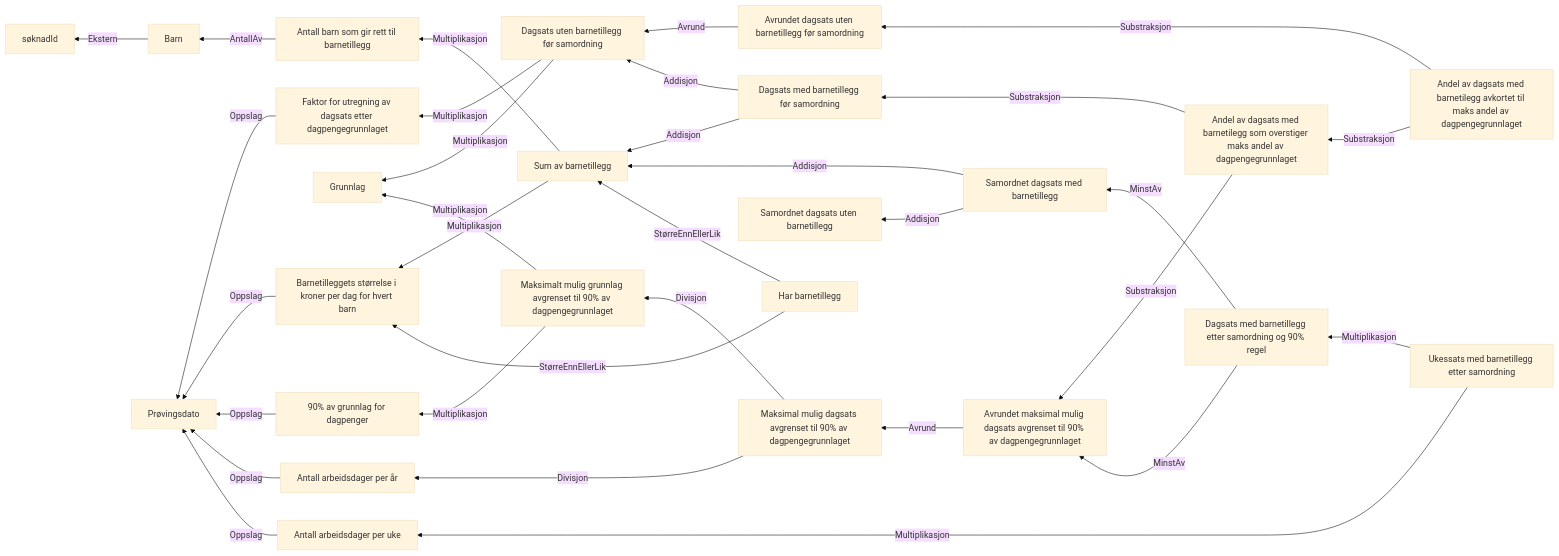
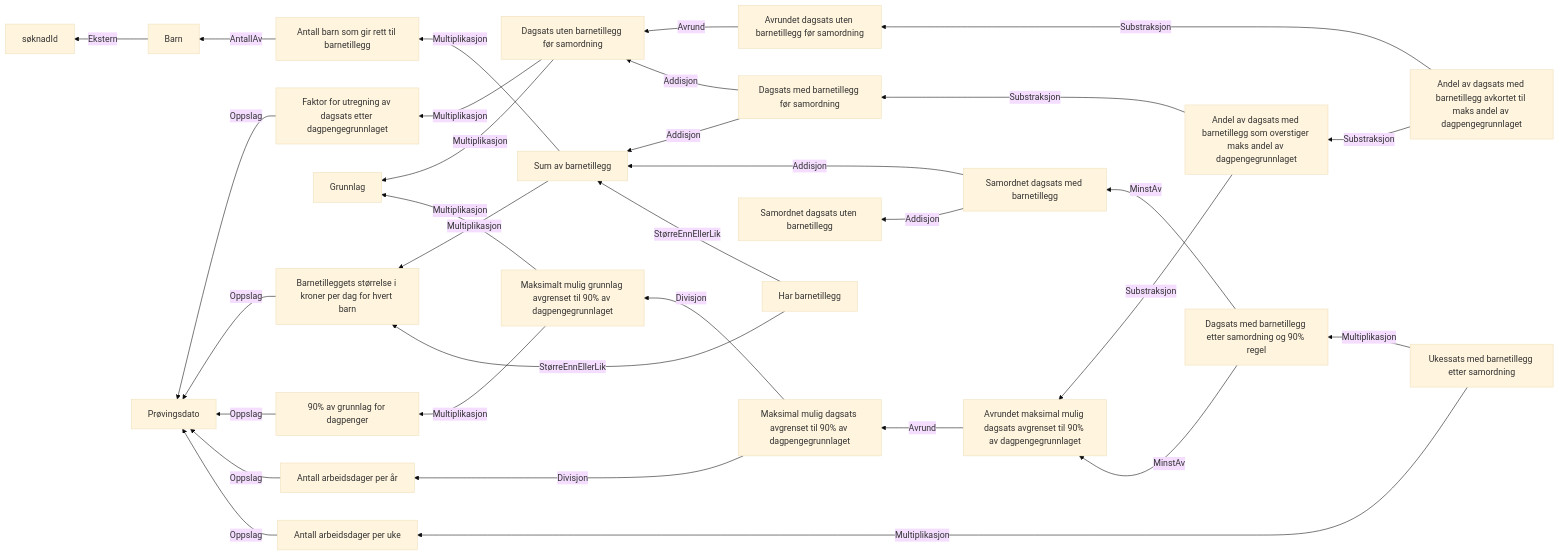
Before and after one commit to navikt/dp-vedtak: the diagram in docs/regler/§ 4-12. Dagpengenes størrelse.approved.md, drawn with Mermaid (base theme). The commit also changed 6 other files, not shown here.

````diff
--- a/docs/regler/§ 4-12. Dagpengenes størrelse.approved.md
+++ b/docs/regler/§ 4-12. Dagpengenes størrelse.approved.md
@@ -5,34 +5,34 @@
 ```mermaid
 graph RL
   A["Barn"] -->|"Ekstern"| B["søknadId"]
   C["Antall barn som gir rett til barnetillegg"] -->|"AntallAv"| A["Barn"]
   D["Faktor for utregning av dagsats etter dagpengegrunnlaget"] -->|"Oppslag"| E["Prøvingsdato"]
   F["Dagsats uten barnetillegg før samordning"] -->|"Multiplikasjon"| G["Grunnlag"]
   F["Dagsats uten barnetillegg før samordning"] -->|"Multiplikasjon"| D["Faktor for utregning av dagsats etter dagpengegrunnlaget"]
   H["Avrundet dagsats uten barnetillegg før samordning"] -->|"Avrund"| F["Dagsats uten barnetillegg før samordning"]
   I["Barnetilleggets størrelse i kroner per dag for hvert barn"] -->|"Oppslag"| E["Prøvingsdato"]
   J["Sum av barnetillegg"] -->|"Multiplikasjon"| I["Barnetilleggets størrelse i kroner per dag for hvert barn"]
   J["Sum av barnetillegg"] -->|"Multiplikasjon"| C["Antall barn som gir rett til barnetillegg"]
   K["Dagsats med barnetillegg før samordning"] -->|"Addisjon"| F["Dagsats uten barnetillegg før samordning"]
   K["Dagsats med barnetillegg før samordning"] -->|"Addisjon"| J["Sum av barnetillegg"]
   L["90% av grunnlag for dagpenger"] -->|"Oppslag"| E["Prøvingsdato"]
   M["Antall arbeidsdager per år"] -->|"Oppslag"| E["Prøvingsdato"]
   N["Maksimalt mulig grunnlag avgrenset til 90% av dagpengegrunnlaget"] -->|"Multiplikasjon"| G["Grunnlag"]
   N["Maksimalt mulig grunnlag avgrenset til 90% av dagpengegrunnlaget"] -->|"Multiplikasjon"| L["90% av grunnlag for dagpenger"]
   O["Maksimal mulig dagsats avgrenset til 90% av dagpengegrunnlaget"] -->|"Divisjon"| N["Maksimalt mulig grunnlag avgrenset til 90% av dagpengegrunnlaget"]
   O["Maksimal mulig dagsats avgrenset til 90% av dagpengegrunnlaget"] -->|"Divisjon"| M["Antall arbeidsdager per år"]
   P["Avrundet maksimal mulig dagsats avgrenset til 90% av dagpengegrunnlaget"] -->|"Avrund"| O["Maksimal mulig dagsats avgrenset til 90% av dagpengegrunnlaget"]
-  Q["Andel av dagsats med barnetilegg som overstiger maks andel av dagpengegrunnlaget"] -->|"Substraksjon"| K["Dagsats med barnetillegg før samordning"]
-  Q["Andel av dagsats med barnetilegg som overstiger maks andel av dagpengegrunnlaget"] -->|"Substraksjon"| P["Avrundet maksimal mulig dagsats avgrenset til 90% av dagpengegrunnlaget"]
-  R["Andel av dagsats med barnetilegg avkortet til maks andel av dagpengegrunnlaget"] -->|"Substraksjon"| H["Avrundet dagsats uten barnetillegg før samordning"]
-  R["Andel av dagsats med barnetilegg avkortet til maks andel av dagpengegrunnlaget"] -->|"Substraksjon"| Q["Andel av dagsats med barnetilegg som overstiger maks andel av dagpengegrunnlaget"]
+  Q["Andel av dagsats med barnetillegg som overstiger maks andel av dagpengegrunnlaget"] -->|"Substraksjon"| K["Dagsats med barnetillegg før samordning"]
+  Q["Andel av dagsats med barnetillegg som overstiger maks andel av dagpengegrunnlaget"] -->|"Substraksjon"| P["Avrundet maksimal mulig dagsats avgrenset til 90% av dagpengegrunnlaget"]
+  R["Andel av dagsats med barnetillegg avkortet til maks andel av dagpengegrunnlaget"] -->|"Substraksjon"| H["Avrundet dagsats uten barnetillegg før samordning"]
+  R["Andel av dagsats med barnetillegg avkortet til maks andel av dagpengegrunnlaget"] -->|"Substraksjon"| Q["Andel av dagsats med barnetillegg som overstiger maks andel av dagpengegrunnlaget"]
   S["Samordnet dagsats med barnetillegg"] -->|"Addisjon"| T["Samordnet dagsats uten barnetillegg"]
   S["Samordnet dagsats med barnetillegg"] -->|"Addisjon"| J["Sum av barnetillegg"]
   U["Dagsats med barnetillegg etter samordning og 90% regel"] -->|"MinstAv"| S["Samordnet dagsats med barnetillegg"]
   U["Dagsats med barnetillegg etter samordning og 90% regel"] -->|"MinstAv"| P["Avrundet maksimal mulig dagsats avgrenset til 90% av dagpengegrunnlaget"]
   V["Antall arbeidsdager per uke"] -->|"Oppslag"| E["Prøvingsdato"]
   W["Ukessats med barnetillegg etter samordning"] -->|"Multiplikasjon"| U["Dagsats med barnetillegg etter samordning og 90% regel"]
   W["Ukessats med barnetillegg etter samordning"] -->|"Multiplikasjon"| V["Antall arbeidsdager per uke"]
   X["Har barnetillegg"] -->|"StørreEnnEllerLik"| J["Sum av barnetillegg"]
   X["Har barnetillegg"] -->|"StørreEnnEllerLik"| I["Barnetilleggets størrelse i kroner per dag for hvert barn"]
 ```
````
